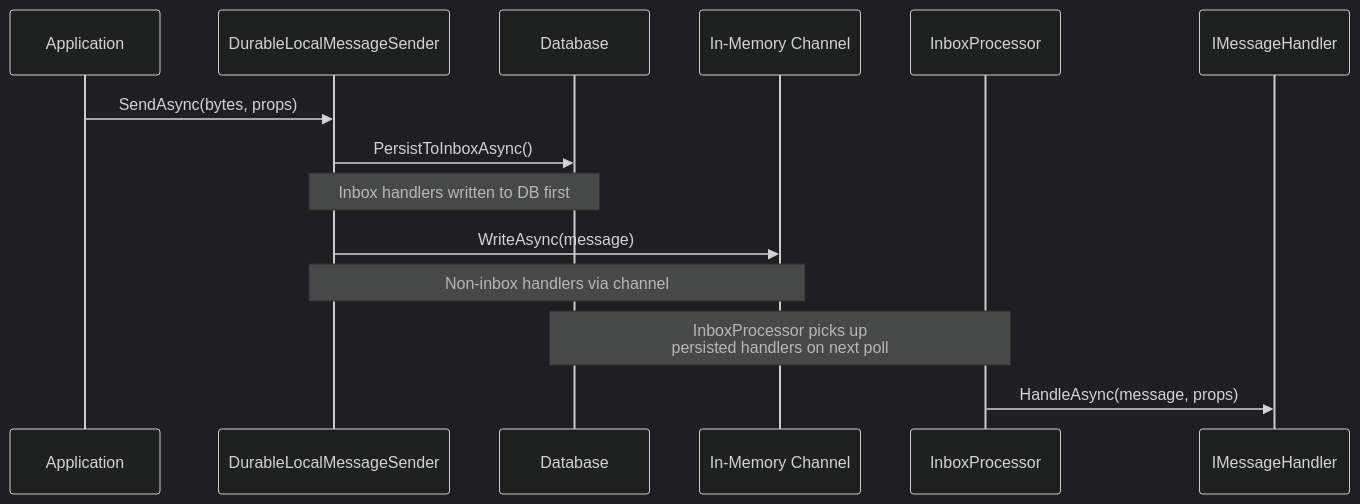
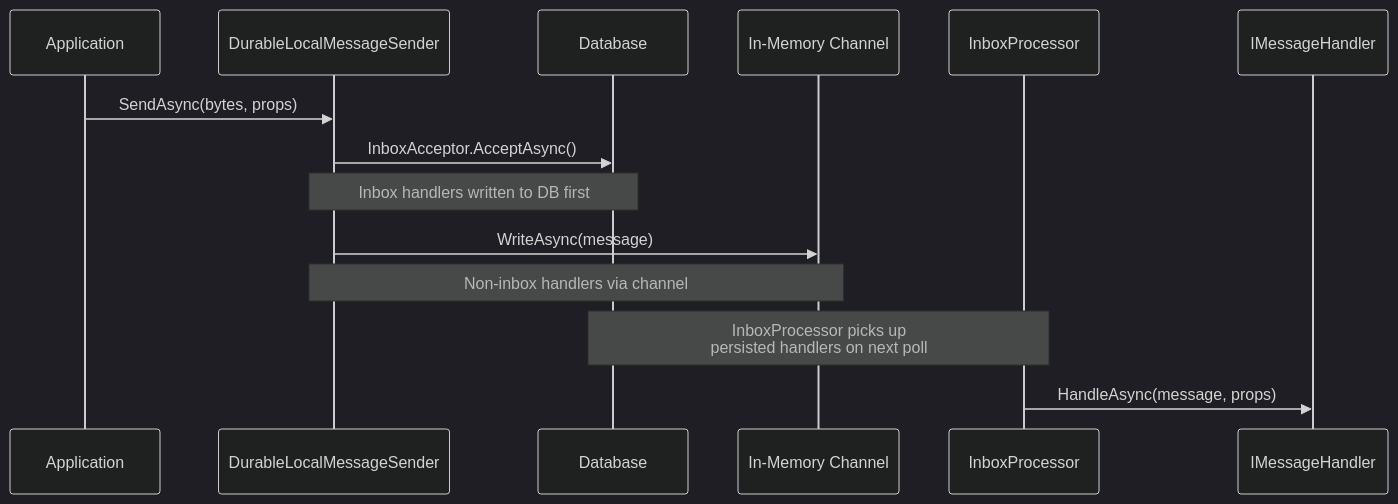
Before and after one commit to saithis/Ratatoskr: the ninth of 9 diagrams in docs/architecture.md, drawn with Mermaid (dark theme). The commit also changed other lines of this file and 19 other files, not shown here.

Commit message:
Improve architecture around inbox

````diff
--- a/docs/architecture.md
+++ b/docs/architecture.md
@@ -319,17 +316,17 @@
 ```mermaid
 sequenceDiagram
     participant App as Application
     participant DLS as DurableLocalMessageSender
     participant DB as Database
     participant Ch as In-Memory Channel
     participant IP as InboxProcessor
     participant H as IMessageHandler
 
     App->>DLS: SendAsync(bytes, props)
-    DLS->>DB: PersistToInboxAsync()
+    DLS->>DB: InboxAcceptor.AcceptAsync()
     Note over DLS,DB: Inbox handlers written to DB first
     DLS->>Ch: WriteAsync(message)
     Note over DLS,Ch: Non-inbox handlers via channel
     Note over DB,IP: InboxProcessor picks up<br/>persisted handlers on next poll
     IP->>H: HandleAsync(message, props)
 ```
````
